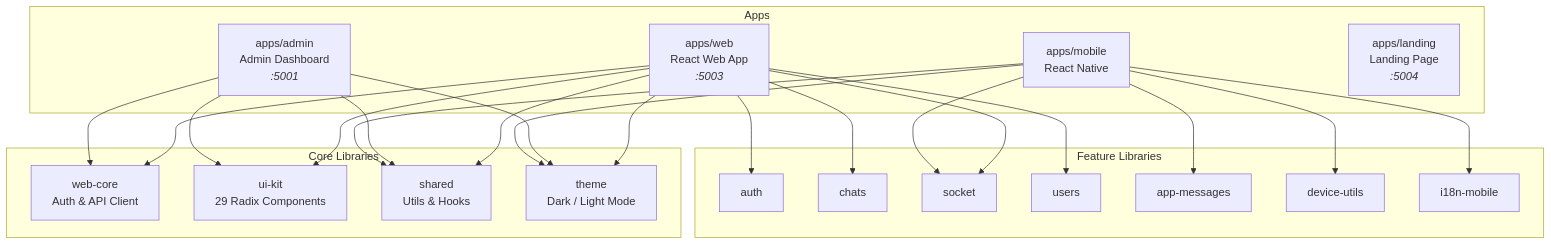
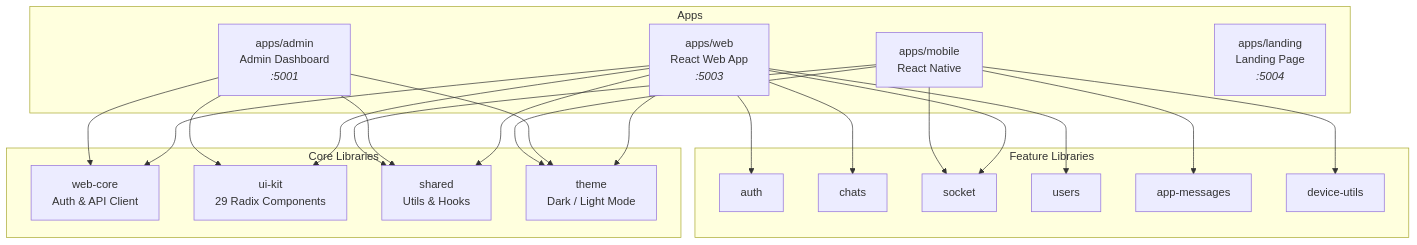
One commit to lemoncloud-io/dou-app changed the diagram in README.md. Above: the diagram before and after it, drawn with Mermaid. The commit also changed other lines of this file and 17 other files, not shown here.

````diff
--- a/README.md
+++ b/README.md
@@ -87,31 +87,30 @@
 ```mermaid
 graph TB
     subgraph Apps
         WEB["apps/web<br/>React Web App<br/><i>:5003</i>"]
         ADMIN["apps/admin<br/>Admin Dashboard<br/><i>:5001</i>"]
         MOBILE["apps/mobile<br/>React Native"]
         LANDING["apps/landing<br/>Landing Page<br/><i>:5004</i>"]
     end
 
     subgraph Core["Core Libraries"]
         WEBCORE["web-core<br/>Auth & API Client"]
         UIKIT["ui-kit<br/>29 Radix Components"]
         SHARED["shared<br/>Utils & Hooks"]
         THEME["theme<br/>Dark / Light Mode"]
     end
 
     subgraph Features["Feature Libraries"]
         AUTH[auth]
         CHATS[chats]
         SOCKET[socket]
         USERS[users]
         APPMSG[app-messages]
         DEVICE[device-utils]
-        I18N[i18n-mobile]
     end
 
     WEB --> WEBCORE & UIKIT & SHARED & THEME
     WEB --> AUTH & CHATS & SOCKET & USERS
     ADMIN --> WEBCORE & UIKIT & SHARED & THEME
-    MOBILE --> SHARED & THEME & SOCKET & DEVICE & I18N & APPMSG
+    MOBILE --> SHARED & THEME & SOCKET & DEVICE & APPMSG
 ```
````
